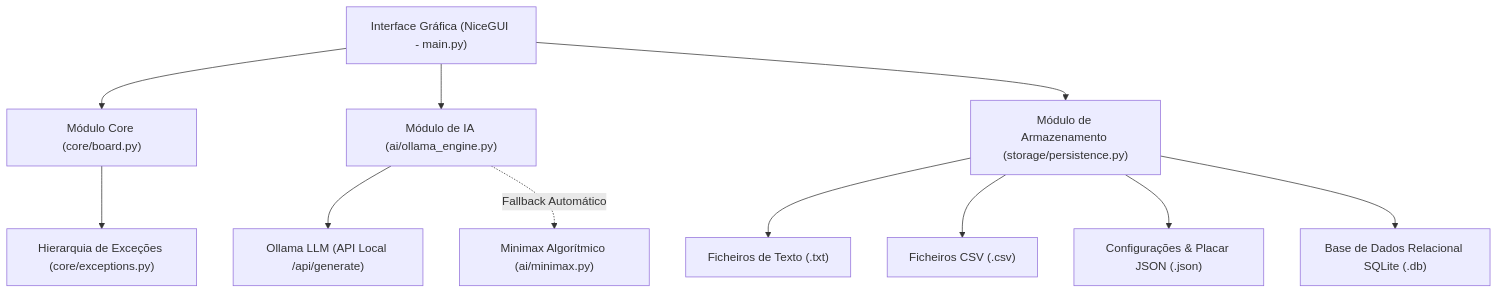
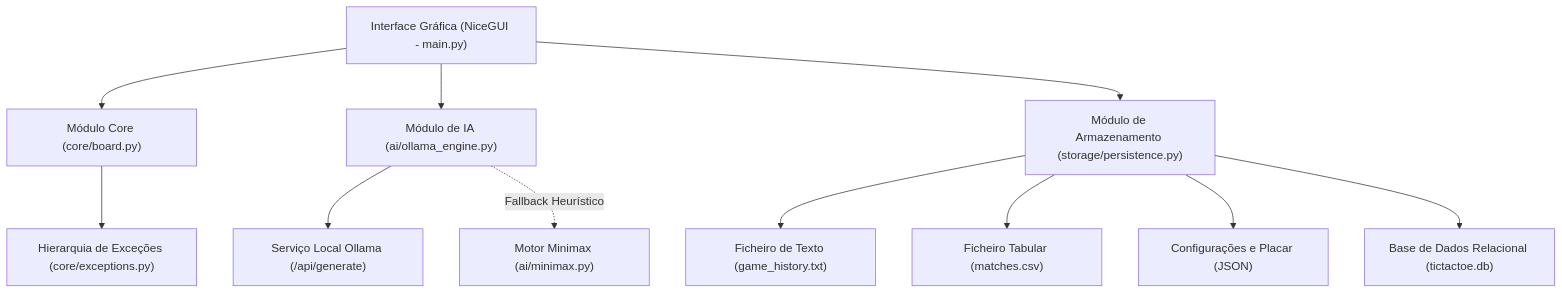
The first of 2 diagrams in docs/DOCUMENTACAO_TECNICA.md (ATUAPRIMA123/nicegui-demo), drawn with Mermaid before and after one commit. The commit also changed other lines of this file and 8 other files, not shown here.

````diff
--- a/docs/DOCUMENTACAO_TECNICA.md
+++ b/docs/DOCUMENTACAO_TECNICA.md
@@ -8,16 +8,16 @@
 ```mermaid
 graph TD
     UI["Interface Gráfica (NiceGUI - main.py)"] --> CORE["Módulo Core (core/board.py)"]
     UI --> AI["Módulo de IA (ai/ollama_engine.py)"]
     UI --> STORAGE["Módulo de Armazenamento (storage/persistence.py)"]
 
-    AI --> OLLAMA["Ollama LLM (API Local /api/generate)"]
-    AI -.->|Fallback Automático| MINIMAX["Minimax Algorítmico (ai/minimax.py)"]
+    AI --> OLLAMA["Serviço Local Ollama (/api/generate)"]
+    AI -.->|Fallback Heurístico| MINIMAX["Motor Minimax (ai/minimax.py)"]
 
     CORE --> EXCEPTIONS["Hierarquia de Exceções (core/exceptions.py)"]
 
-    STORAGE --> TXT["Ficheiros de Texto (.txt)"]
-    STORAGE --> CSV["Ficheiros CSV (.csv)"]
-    STORAGE --> JSON["Configurações & Placar JSON (.json)"]
-    STORAGE --> SQLITE["Base de Dados Relacional SQLite (.db)"]
+    STORAGE --> TXT["Ficheiro de Texto (game_history.txt)"]
+    STORAGE --> CSV["Ficheiro Tabular (matches.csv)"]
+    STORAGE --> JSON["Configurações e Placar (JSON)"]
+    STORAGE --> SQLITE["Base de Dados Relacional (tictactoe.db)"]
 ```
````
